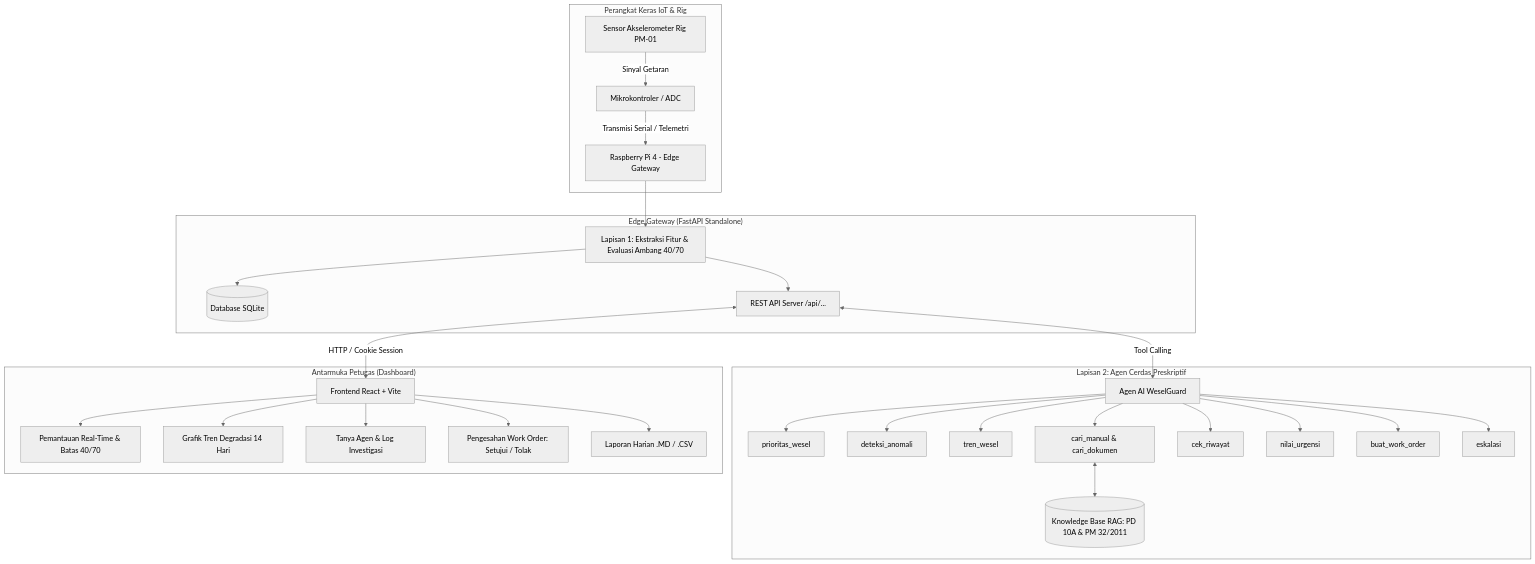
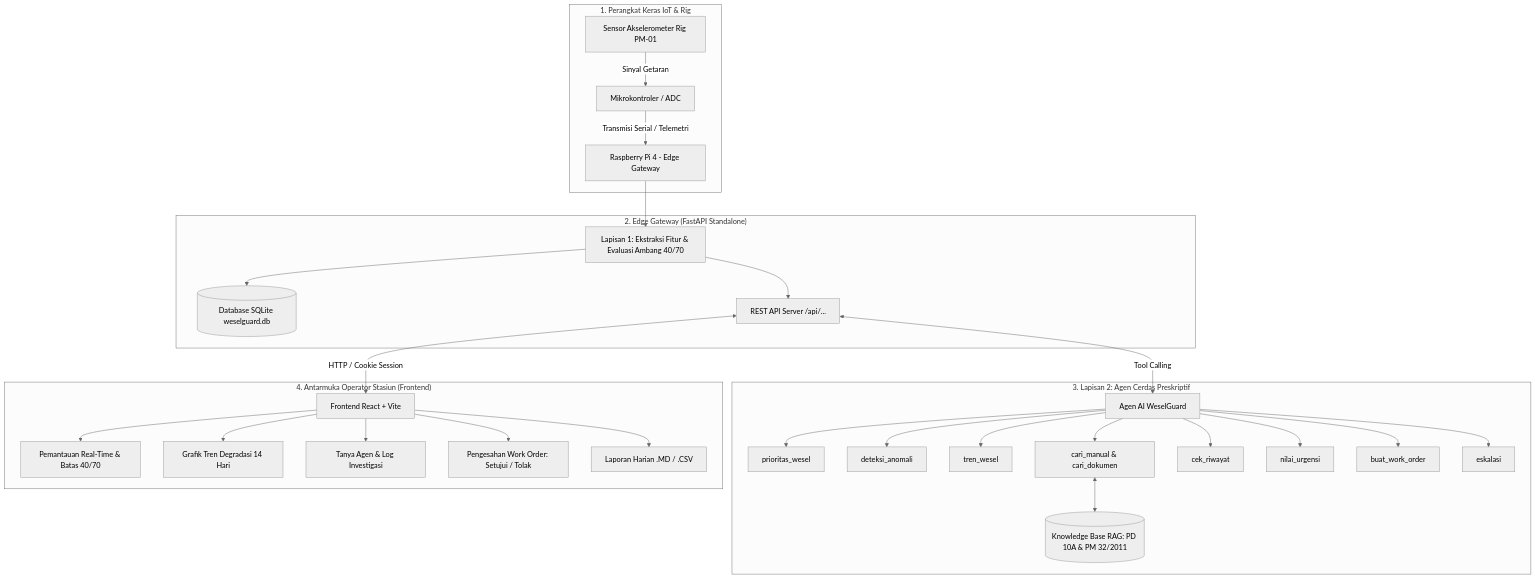
Before and after one commit to AmarMsd/rag-hackathon-itb: the diagram in hackathon/README.md, drawn with Mermaid (neutral theme). The commit also changed other lines of this file, not shown here.

````diff
--- a/hackathon/README.md
+++ b/hackathon/README.md
@@ -69,35 +93,35 @@
 ```mermaid
 flowchart TD
-    subgraph IoT["Perangkat Keras IoT & Rig"]
+    subgraph IoT["1. Perangkat Keras IoT & Rig"]
         A[Sensor Akselerometer Rig PM-01] -->|Sinyal Getaran| B[Mikrokontroler / ADC]
         B -->|Transmisi Serial / Telemetri| C[Raspberry Pi 4 - Edge Gateway]
     end
 
-    subgraph Edge["Edge Gateway (FastAPI Standalone)"]
+    subgraph Edge["2. Edge Gateway (FastAPI Standalone)"]
         C --> D[Lapisan 1: Ekstraksi Fitur & Evaluasi Ambang 40/70]
-        D --> E[(Database SQLite)]
+        D --> E[(Database SQLite weselguard.db)]
         D --> F[REST API Server /api/...]
     end
 
-    subgraph Agent["Lapisan 2: Agen Cerdas Preskriptif"]
+    subgraph Agent["3. Lapisan 2: Agen Cerdas Preskriptif"]
         F <-->|Tool Calling| AGT[Agen AI WeselGuard]
         AGT --> T1[prioritas_wesel]
         AGT --> T2[deteksi_anomali]
         AGT --> T3[tren_wesel]
         AGT --> T4[cari_manual & cari_dokumen]
         AGT --> T5[cek_riwayat]
         AGT --> T6[nilai_urgensi]
         AGT --> T7[buat_work_order]
         AGT --> T8[eskalasi]
         T4 <--> RAG[(Knowledge Base RAG: PD 10A & PM 32/2011)]
     end
 
-    subgraph UI["Antarmuka Petugas (Dashboard)"]
+    subgraph UI["4. Antarmuka Operator Stasiun (Frontend)"]
         F <-->|HTTP / Cookie Session| WEB[Frontend React + Vite]
         WEB --> P1[Pemantauan Real-Time & Batas 40/70]
         WEB --> P2[Grafik Tren Degradasi 14 Hari]
         WEB --> P3[Tanya Agen & Log Investigasi]
         WEB --> P4[Pengesahan Work Order: Setujui / Tolak]
         WEB --> P5[Laporan Harian .MD / .CSV]
     end
 ```
````
